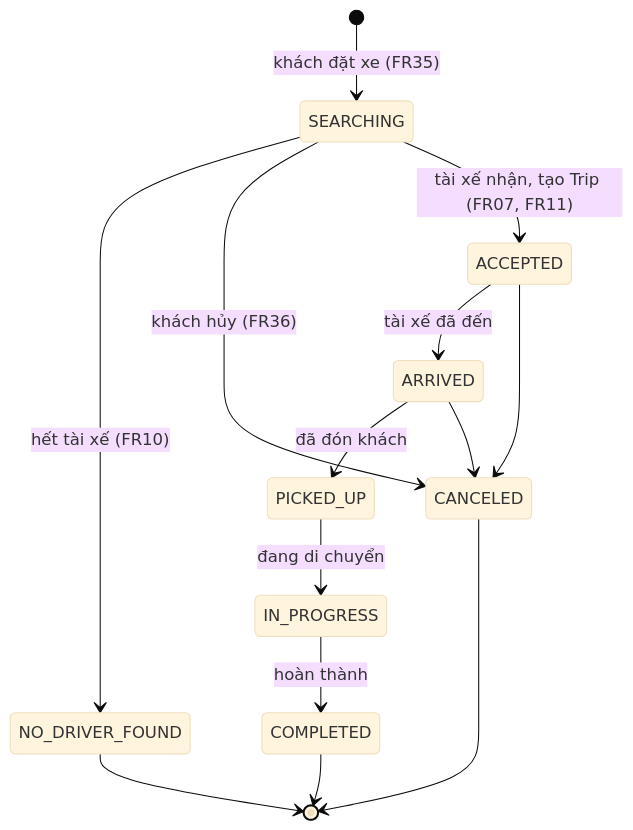
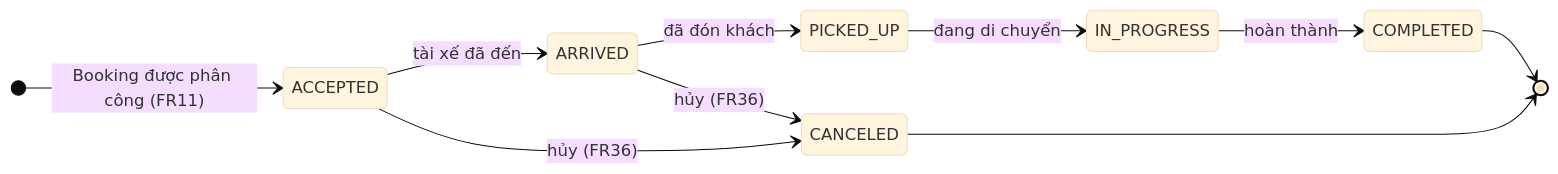
Before and after one commit to nghuuduc21/23699411_NguyenHuuDuc_CabSystem: the third of 3 diagrams in docs/design/01-bounded-contexts.md, drawn with Mermaid (base theme). The commit also changed other lines of this file and 10 other files, not shown here.

````diff
--- a/docs/design/01-bounded-contexts.md
+++ b/docs/design/01-bounded-contexts.md
@@ -203,16 +276,13 @@
 ```mermaid
 stateDiagram-v2
-  [*] --> SEARCHING: khách đặt xe (FR35)
-  SEARCHING --> NO_DRIVER_FOUND: hết tài xế (FR10)
-  SEARCHING --> CANCELED: khách hủy (FR36)
-  SEARCHING --> ACCEPTED: tài xế nhận, tạo Trip (FR07, FR11)
+  direction LR
+  [*] --> ACCEPTED: Booking được phân công (FR11)
   ACCEPTED --> ARRIVED: tài xế đã đến
   ARRIVED --> PICKED_UP: đã đón khách
   PICKED_UP --> IN_PROGRESS: đang di chuyển
   IN_PROGRESS --> COMPLETED: hoàn thành
-  ACCEPTED --> CANCELED
-  ARRIVED --> CANCELED
+  ACCEPTED --> CANCELED: hủy (FR36)
+  ARRIVED --> CANCELED: hủy (FR36)
   COMPLETED --> [*]
   CANCELED --> [*]
-  NO_DRIVER_FOUND --> [*]
 ```
````
